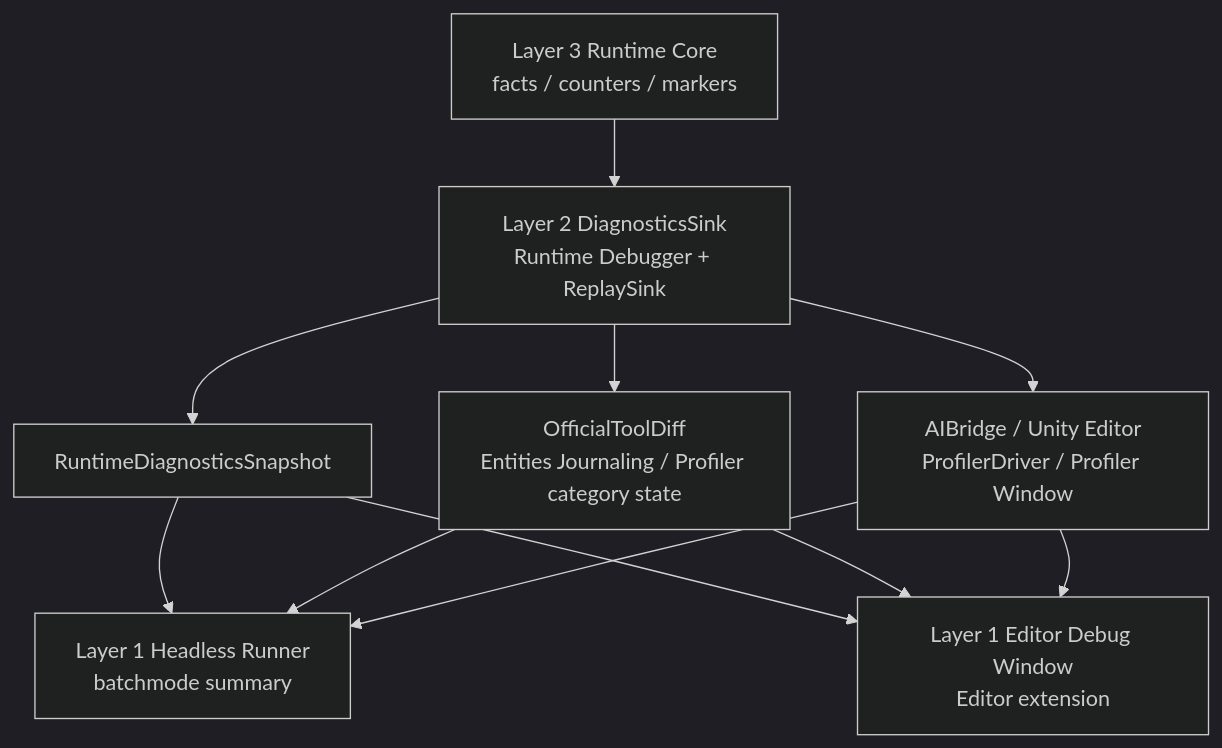
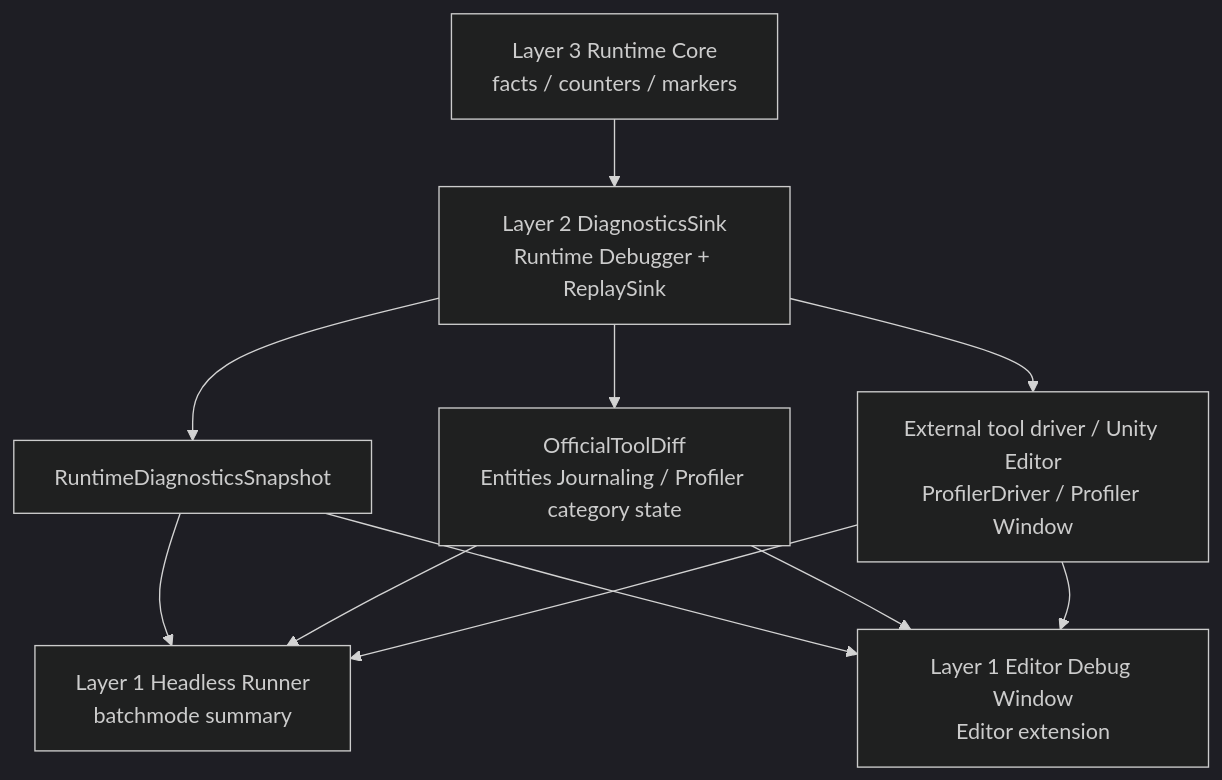
One commit to Bo-ki/gameplay-ability-system-for-unity changed the first of 3 diagrams in 方案讨论/针对2.0的ECS架构的迭代方案讨论/01-目标态架构共识/07-RuntimeCoreDebuggerSpec.md. Above: the diagram before and after it, drawn with Mermaid (dark theme). The commit also changed other lines of this file and 220 other files, not shown here.

````diff
--- a/方案讨论/针对2.0的ECS架构的迭代方案讨论/01-目标态架构共识/07-RuntimeCoreDebuggerSpec.md
+++ b/方案讨论/针对2.0的ECS架构的迭代方案讨论/01-目标态架构共识/07-RuntimeCoreDebuggerSpec.md
@@ -13,13 +21,13 @@
 ```mermaid
 flowchart TD
     Core["Layer 3 Runtime Core\nfacts / counters / markers"] --> Sink["Layer 2 DiagnosticsSink\nRuntime Debugger + ReplaySink"]
     Sink --> Snapshot["RuntimeDiagnosticsSnapshot"]
     Sink --> Official["OfficialToolDiff\nEntities Journaling / Profiler category state"]
-    Sink --> Bridge["AIBridge / Unity Editor\nProfilerDriver / Profiler Window"]
+    Sink --> Bridge["External tool driver / Unity Editor\nProfilerDriver / Profiler Window"]
     Snapshot --> Headless["Layer 1 Headless Runner\nbatchmode summary"]
     Snapshot --> Editor["Layer 1 Editor Debug Window\nEditor extension"]
     Official --> Headless
     Official --> Editor
     Bridge --> Editor
     Bridge --> Headless
 ```
````
